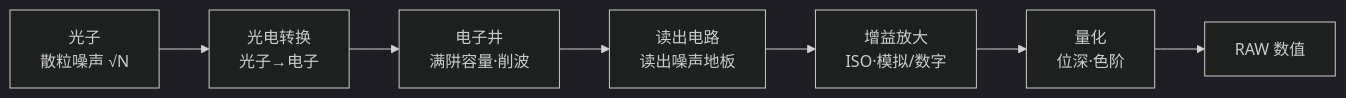
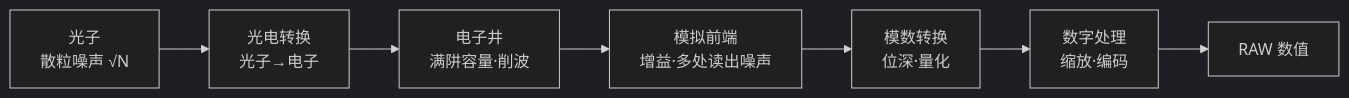
Before and after one commit to yingwang/photography-book: the diagram in docs/03-exposure.md, drawn with Mermaid (dark theme). The commit also changed other lines of this file and 26 other files, not shown here.

First line of the commit message:
全书内容与结构审校：纠错、案例、图解与交互工具 (#6)

````diff
--- a/docs/03-exposure.md
+++ b/docs/03-exposure.md
@@ -267,9 +289,9 @@
 ```mermaid
 graph LR
   P["光子<br/>散粒噪声 √N"] --> E["光电转换<br/>光子→电子"]
   E --> W["电子井<br/>满阱容量·削波"]
-  W --> R["读出电路<br/>读出噪声地板"]
-  R --> G["增益放大<br/>ISO·模拟/数字"]
-  G --> A["量化<br/>位深·色阶"]
-  A --> V["RAW 数值"]
+  W --> R["模拟前端<br/>增益·多处读出噪声"]
+  R --> A["模数转换<br/>位深·量化"]
+  A --> D["数字处理<br/>缩放·编码"]
+  D --> V["RAW 数值"]
 ```
````
